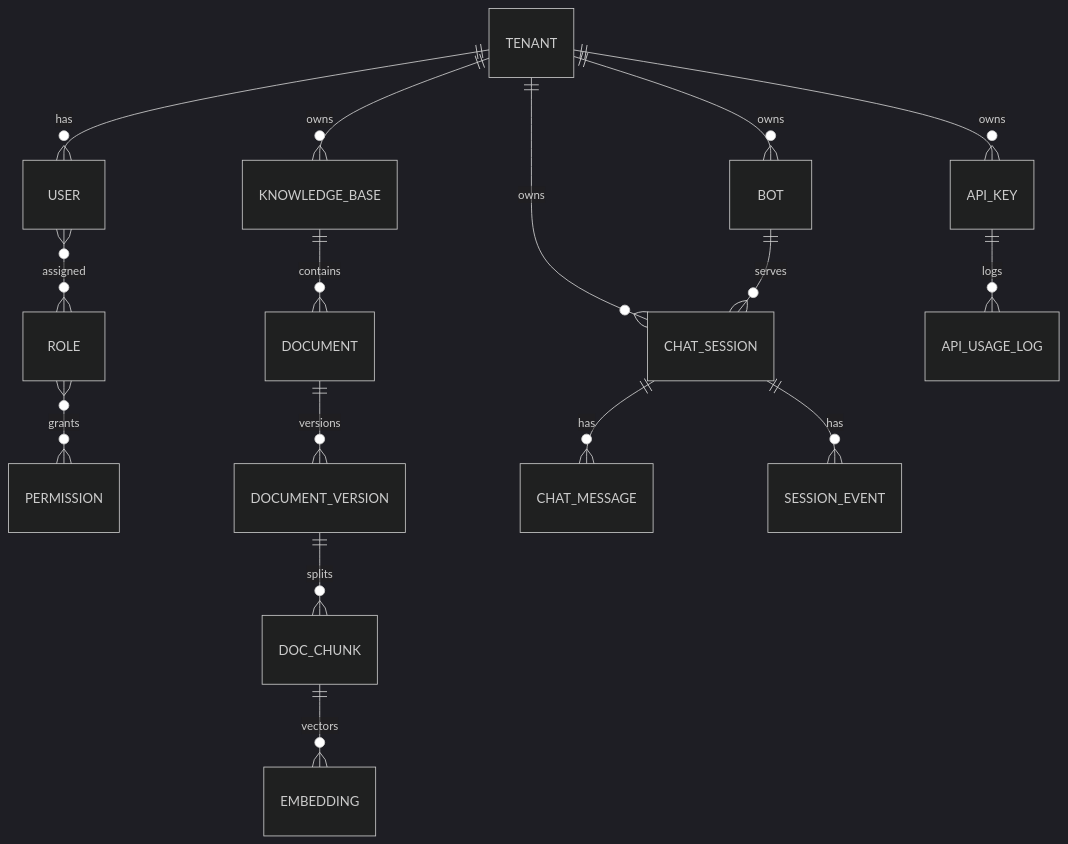
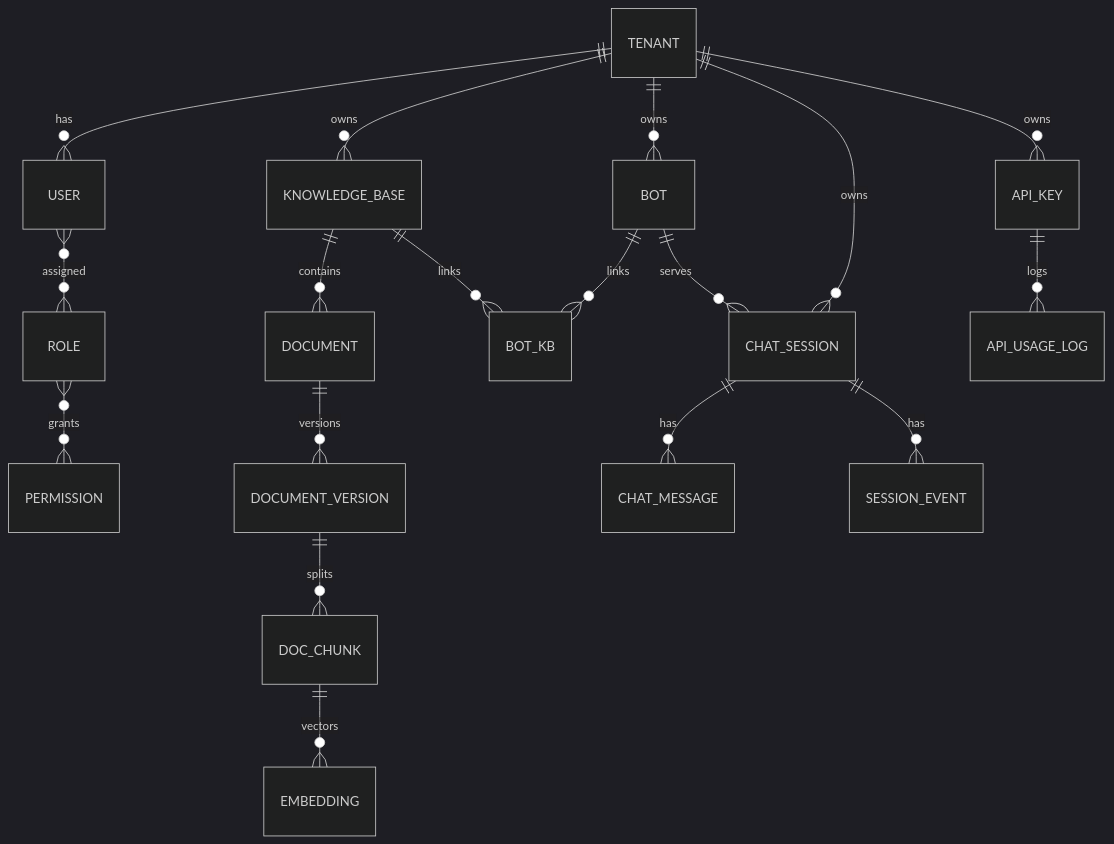
One commit to ZTH7/RAGDesk changed the diagram in docs/DataModel.md. Above: the diagram before and after it, drawn with Mermaid (dark theme). The commit also changed other lines of this file and 54 other files, not shown here.

````diff
--- a/docs/DataModel.md
+++ b/docs/DataModel.md
@@ -8,22 +8,25 @@
 ```mermaid
 erDiagram
 TENANT ||--o{ USER : has
 TENANT ||--o{ BOT : owns
 TENANT ||--o{ KNOWLEDGE_BASE : owns
 TENANT ||--o{ API_KEY : owns
 TENANT ||--o{ CHAT_SESSION : owns
 
 USER }o--o{ ROLE : assigned
 ROLE }o--o{ PERMISSION : grants
+
+BOT ||--o{ BOT_KB : links
+KNOWLEDGE_BASE ||--o{ BOT_KB : links
 
 KNOWLEDGE_BASE ||--o{ DOCUMENT : contains
 DOCUMENT ||--o{ DOCUMENT_VERSION : versions
 DOCUMENT_VERSION ||--o{ DOC_CHUNK : splits
 DOC_CHUNK ||--o{ EMBEDDING : vectors
 
 CHAT_SESSION ||--o{ CHAT_MESSAGE : has
 CHAT_SESSION ||--o{ SESSION_EVENT : has
 
 BOT ||--o{ CHAT_SESSION : serves
 API_KEY ||--o{ API_USAGE_LOG : logs
 ```
````
